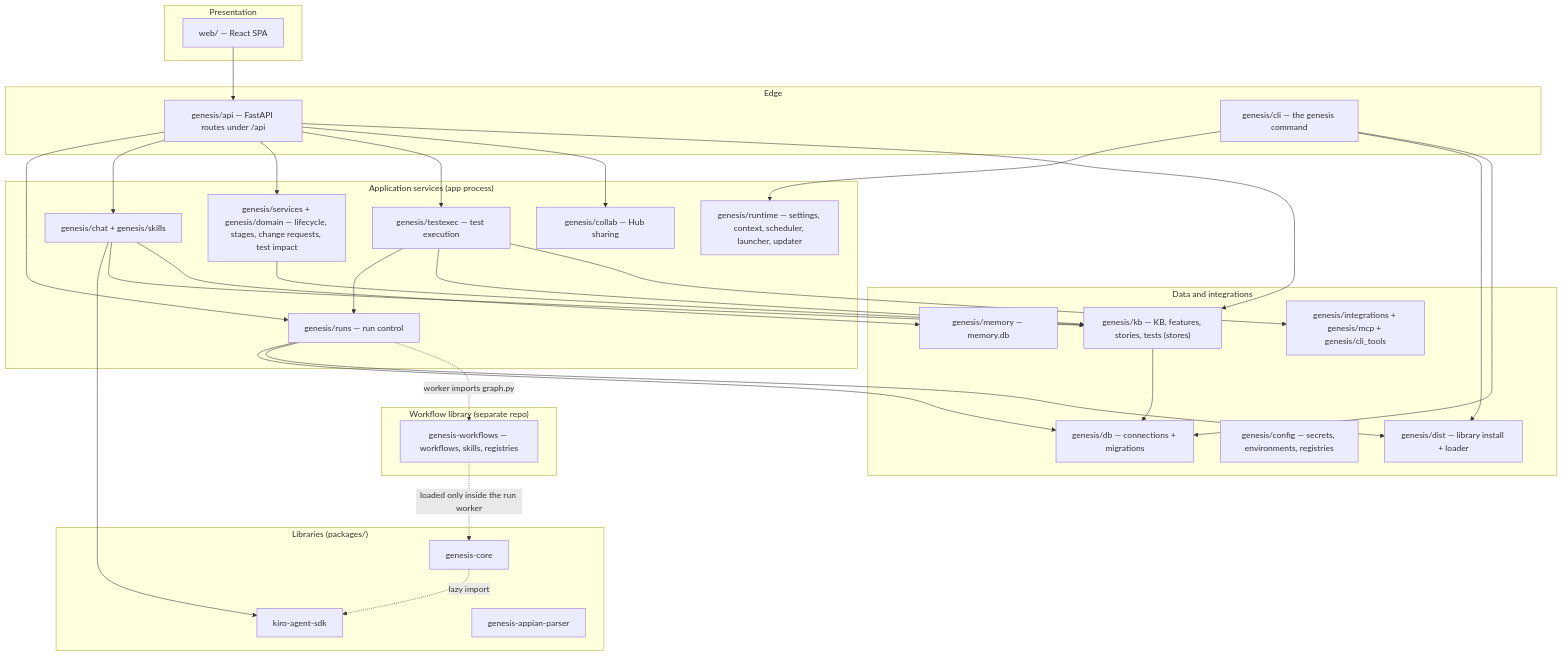
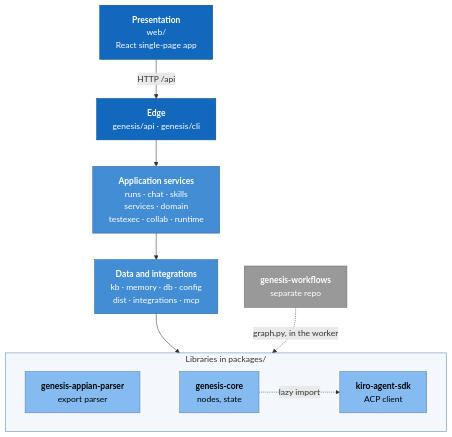
One commit to ram-020998/project-tracker changed the diagram in genesis/architecture/06-building-blocks.md. Above: the diagram before and after it, drawn with Mermaid. The commit also changed other lines of this file and 24 other files, not shown here.

First line of the commit message:
architecture: rewrite all 86 Mermaid diagrams to one C4 style, each render-checked

````diff
--- a/genesis/architecture/06-building-blocks.md
+++ b/genesis/architecture/06-building-blocks.md
@@ -11,46 +11,29 @@
 ```mermaid
 flowchart TB
-    subgraph ui["Presentation"]
-        web["web/ — React SPA"]
-    end
-    subgraph edge["Edge"]
-        api["genesis/api — FastAPI routes under /api"]
-        cli["genesis/cli — the genesis command"]
-    end
-    subgraph app["Application services (app process)"]
-        runs["genesis/runs — run control"]
-        chat["genesis/chat + genesis/skills"]
-        svc["genesis/services + genesis/domain — lifecycle, stages, change requests, test impact"]
-        testexec["genesis/testexec — test execution"]
-        collab["genesis/collab — Hub sharing"]
-        rt["genesis/runtime — settings, context, scheduler, launcher, updater"]
-    end
-    subgraph data["Data and integrations"]
-        kb["genesis/kb — KB, features, stories, tests (stores)"]
-        mem["genesis/memory — memory.db"]
-        db["genesis/db — connections + migrations"]
-        cfg["genesis/config — secrets, environments, registries"]
-        dist["genesis/dist — library install + loader"]
-        integ["genesis/integrations + genesis/mcp + genesis/cli_tools"]
-    end
-    subgraph libs["Libraries (packages/)"]
-        core["genesis-core"]
-        sdk["kiro-agent-sdk"]
-        parser["genesis-appian-parser"]
-    end
-    subgraph lib["Workflow library (separate repo)"]
-        wf["genesis-workflows — workflows, skills, registries"]
+    web["<b>Presentation</b><br/>web/<br/>React single-page app"]:::core
+    edge["<b>Edge</b><br/>genesis/api · genesis/cli"]:::core
+    svc["<b>Application services</b><br/>runs · chat · skills<br/>services · domain<br/>testexec · collab · runtime"]:::comp
+    data["<b>Data and integrations</b><br/>kb · memory · db · config<br/>dist · integrations · mcp"]:::comp
+    wf["<b>genesis-workflows</b><br/>separate repo"]:::ext
+
+    subgraph libs["Libraries in packages/"]
+        direction LR
+        parser["<b>genesis-appian-parser</b><br/>export parser"]:::proc
+        core["<b>genesis-core</b><br/>nodes, state"]:::proc
+        sdk["<b>kiro-agent-sdk</b><br/>ACP client"]:::proc
+        parser ~~~ core
+        core -. "lazy import" .-> sdk
     end
 
-    web --> api
-    api --> runs & chat & svc & testexec & collab & kb
-    cli --> rt & dist & db
-    runs --> db & dist
-    chat --> sdk & kb & mem
-    svc --> kb
-    testexec --> runs & kb & integ
-    kb --> db
-    wf -. "loaded only inside the run worker" .-> core
-    core -. "lazy import" .-> sdk
-    runs -. "worker imports graph.py" .-> wf
+    web -- "HTTP /api" --> edge
+    edge --> svc
+    svc --> data
+    data --> libs
+    wf -. "graph.py, in the worker" .-> libs
+
+    classDef core fill:#1168bd,stroke:#0b4884,color:#ffffff
+    classDef comp fill:#438dd5,stroke:#2e6295,color:#ffffff
+    classDef proc fill:#85bbf0,stroke:#5d82a8,color:#000000
+    classDef ext fill:#999999,stroke:#6b6b6b,color:#ffffff
+    style libs fill:#f4f8fd,stroke:#5d82a8
 ```
````
